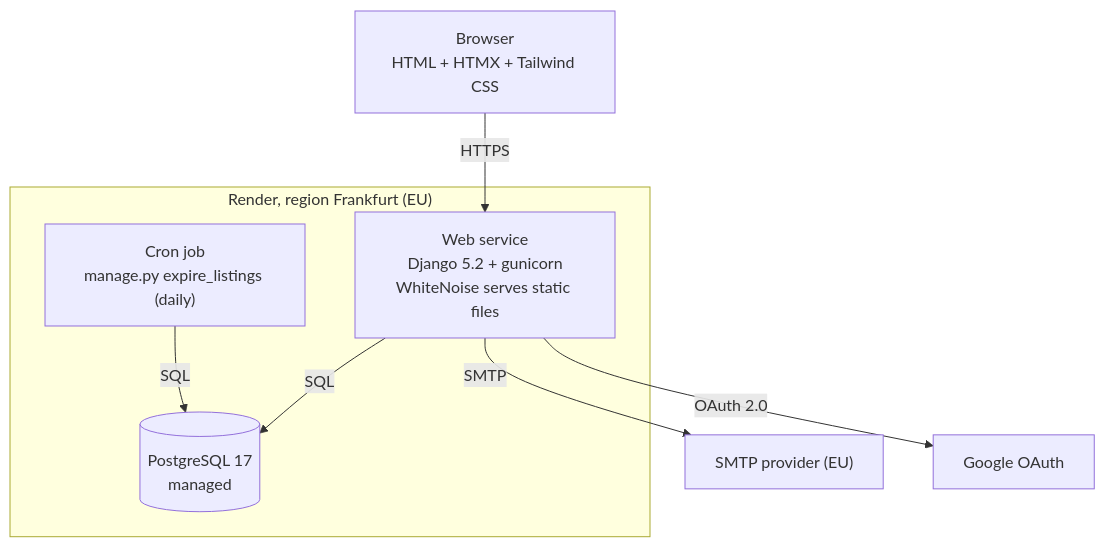
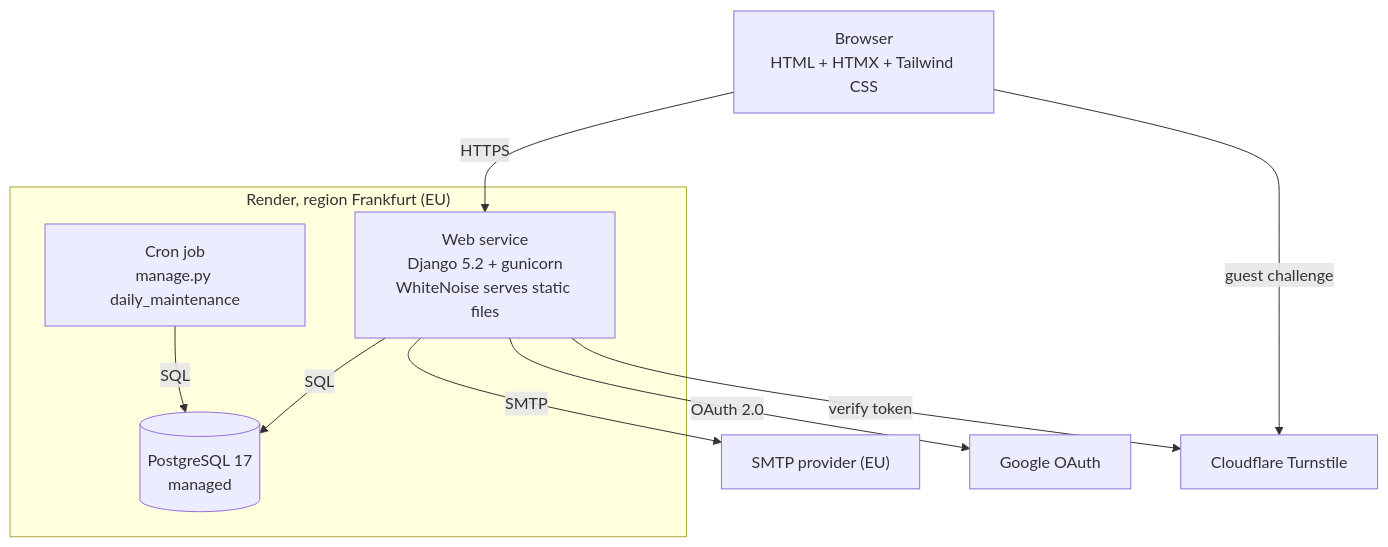
One commit to Tomekw2323/AI-Chatbot changed the second of 3 diagrams in docs/architecture.md. Above: the diagram before and after it, drawn with Mermaid. The commit also changed other lines of this file and 23 other files, not shown here.

````diff
--- a/docs/architecture.md
+++ b/docs/architecture.md
@@ -33,19 +33,22 @@
 ```mermaid
 flowchart TB
     browser["Browser<br/>HTML + HTMX + Tailwind CSS"]
 
     subgraph host["Render, region Frankfurt (EU)"]
         web["Web service<br/>Django 5.2 + gunicorn<br/>WhiteNoise serves static files"]
-        cron["Cron job<br/>manage.py expire_listings (daily)"]
+        cron["Cron job<br/>manage.py daily_maintenance"]
         db[("PostgreSQL 17<br/>managed")]
     end
 
     smtp["SMTP provider (EU)"]
     google["Google OAuth"]
+    turnstile["Cloudflare Turnstile"]
 
     browser -- "HTTPS" --> web
+    browser -- "guest challenge" --> turnstile
+    web -- "verify token" --> turnstile
     web -- "SQL" --> db
     cron -- "SQL" --> db
     web -- "SMTP" --> smtp
     web -- "OAuth 2.0" --> google
 ```
````
